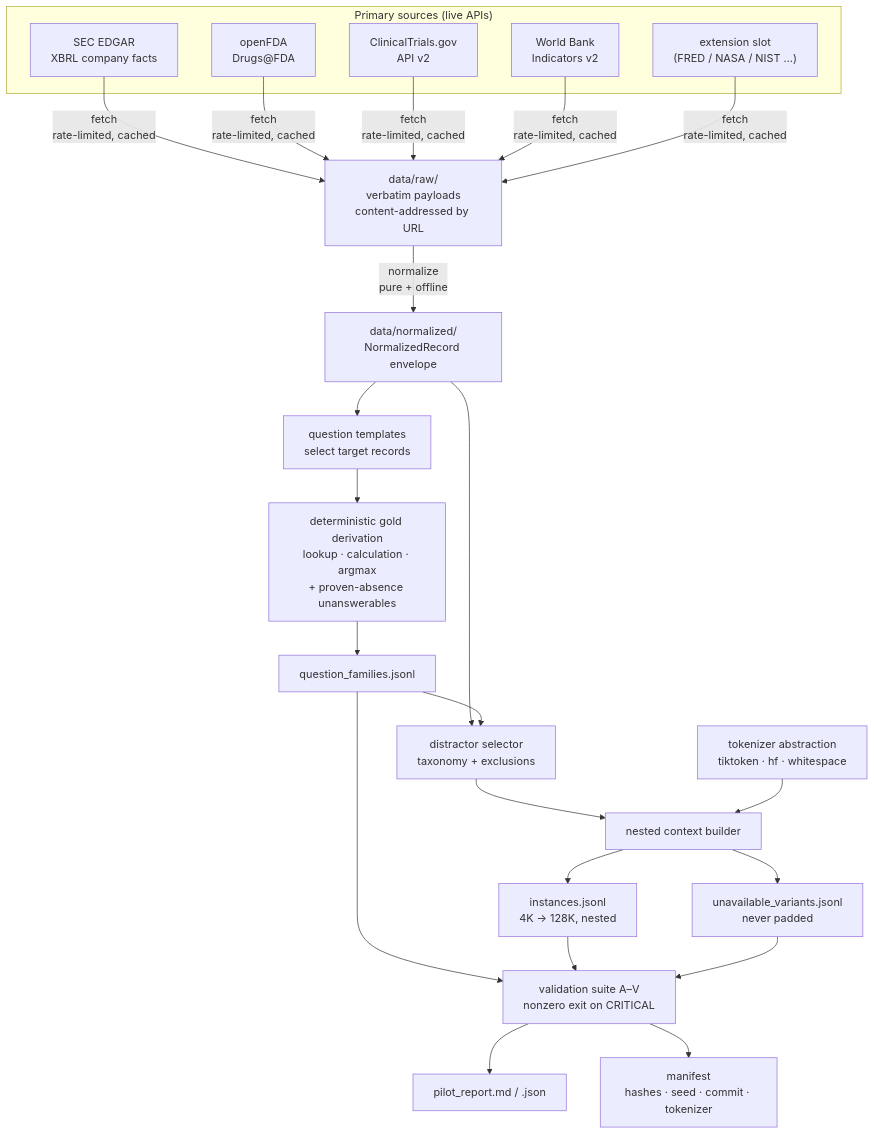
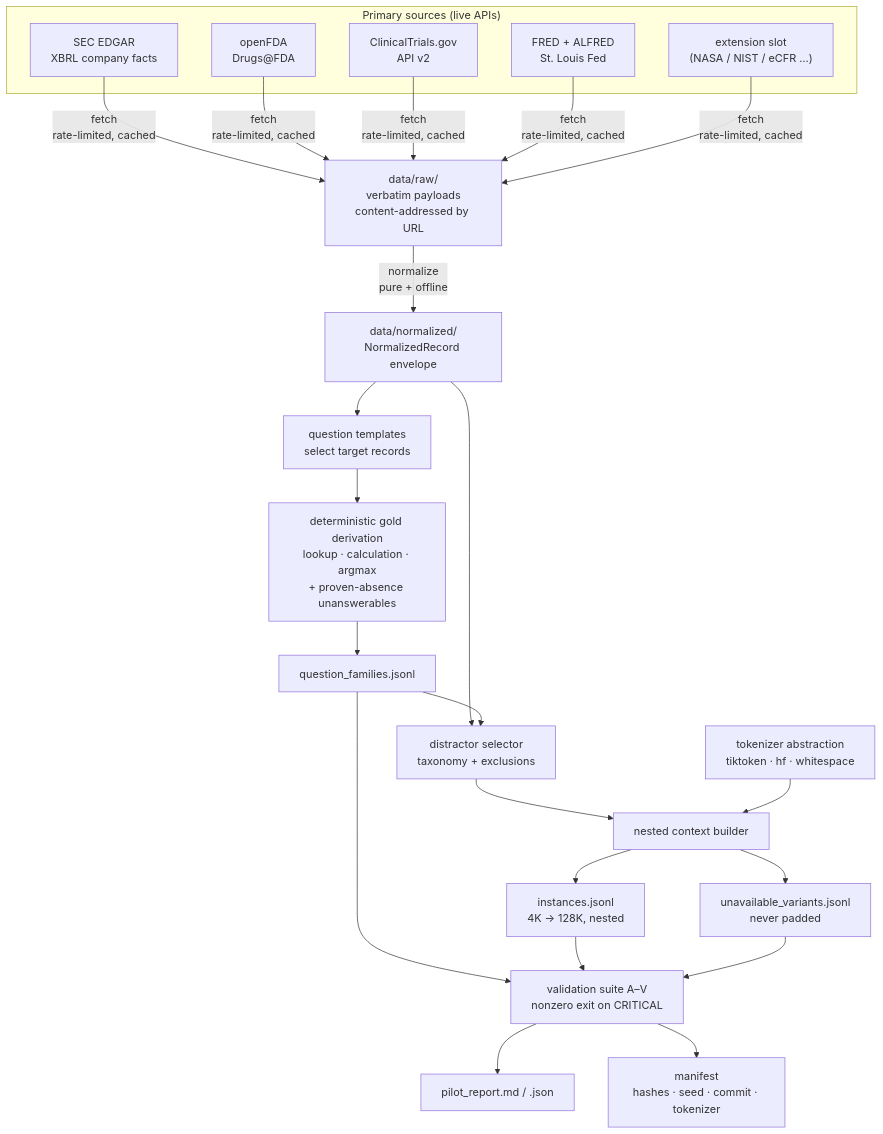
The diagram in README.md (Deerajkumar-design/GPU_Datasets_LLM), drawn with Mermaid before and after one commit. The commit also changed other lines of this file and 84 other files, not shown here.

````diff
--- a/README.md
+++ b/README.md
@@ -409,28 +475,28 @@
 ```mermaid
 flowchart TD
     subgraph SRC["Primary sources (live APIs)"]
         S1["SEC EDGAR<br/>XBRL company facts"]
         S2["openFDA<br/>Drugs@FDA"]
         S3["ClinicalTrials.gov<br/>API v2"]
-        S4["World Bank<br/>Indicators v2"]
-        S5["extension slot<br/>(FRED / NASA / NIST …)"]
+        S4["FRED + ALFRED<br/>St. Louis Fed"]
+        S5["extension slot<br/>(NASA / NIST / eCFR …)"]
     end
 
     S1 & S2 & S3 & S4 & S5 -->|"fetch<br/>rate-limited, cached"| RAW["data/raw/<br/>verbatim payloads<br/>content-addressed by URL"]
     RAW -->|"normalize<br/>pure + offline"| NORM["data/normalized/<br/>NormalizedRecord envelope"]
 
     NORM --> TPL["question templates<br/>select target records"]
     TPL --> GOLD["deterministic gold derivation<br/>lookup · calculation · argmax<br/>+ proven-absence unanswerables"]
     GOLD --> FAM["question_families.jsonl"]
 
     NORM --> DIS["distractor selector<br/>taxonomy + exclusions"]
     FAM --> DIS
     DIS --> CTX["nested context builder"]
     TOK["tokenizer abstraction<br/>tiktoken · hf · whitespace"] --> CTX
     CTX --> INST["instances.jsonl<br/>4K → 128K, nested"]
     CTX --> UNAVAIL["unavailable_variants.jsonl<br/>never padded"]
 
     FAM & INST & UNAVAIL --> VAL["validation suite A–V<br/>nonzero exit on CRITICAL"]
     VAL --> REP["pilot_report.md / .json"]
     VAL --> MAN["manifest<br/>hashes · seed · commit · tokenizer"]
 ```
````
